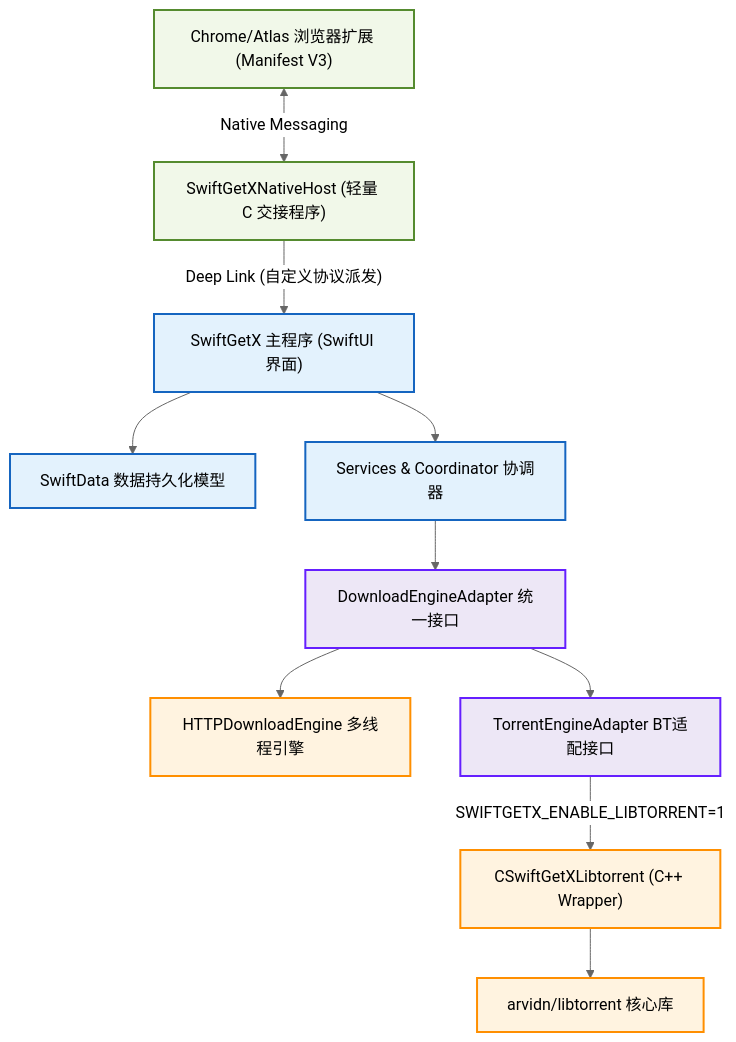
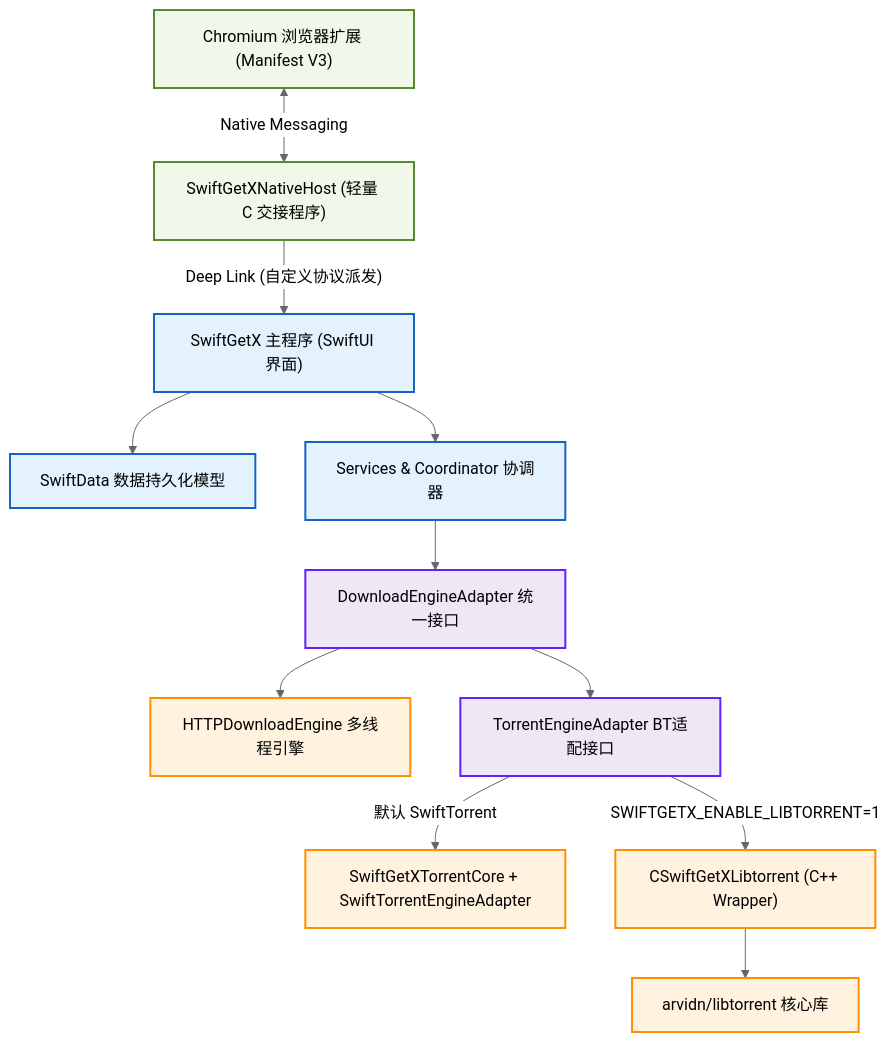
The diagram in README.md (vancehuds/SwiftGetX), drawn with Mermaid (neutral theme) before and after one commit. The commit also changed other lines of this file and 4 other files, not shown here.

````diff
--- a/README.md
+++ b/README.md
@@ -72,28 +72,30 @@
 ```mermaid
 graph TD
     classDef main fill:#E3F2FD,stroke:#1565C0,stroke-width:2px;
     classDef browser fill:#F1F8E9,stroke:#558B2F,stroke-width:2px;
     classDef core fill:#EDE7F6,stroke:#651FFF,stroke-width:2px;
     classDef engine fill:#FFF3E0,stroke:#FF8F00,stroke-width:2px;
     
-    Chrome["Chrome/Atlas 浏览器扩展 (Manifest V3)"]:::browser
+    Chrome["Chromium 浏览器扩展 (Manifest V3)"]:::browser
     NativeHost["SwiftGetXNativeHost (轻量 C 交接程序)"]:::browser
     MainApp["SwiftGetX 主程序 (SwiftUI 界面)"]:::main
     Models["SwiftData 数据持久化模型"]:::main
     Coordinator["Services & Coordinator 协调器"]:::main
     Adapter["DownloadEngineAdapter 统一接口"]:::core
     HTTPEngine["HTTPDownloadEngine 多线程引擎"]:::engine
     TorrentAdapter["TorrentEngineAdapter BT适配接口"]:::core
+    SwiftTorrent["SwiftGetXTorrentCore + SwiftTorrentEngineAdapter"]:::engine
     LibtorrentWrapper["CSwiftGetXLibtorrent (C++ Wrapper)"]:::engine
     Libtorrent["arvidn/libtorrent 核心库"]:::engine
 
     Chrome <-->|"Native Messaging"| NativeHost
     NativeHost -->|"Deep Link (自定义协议派发)"| MainApp
     MainApp --> Models
     MainApp --> Coordinator
     Coordinator --> Adapter
     Adapter --> HTTPEngine
     Adapter --> TorrentAdapter
+    TorrentAdapter -->|"默认 SwiftTorrent"| SwiftTorrent
     TorrentAdapter -->|"SWIFTGETX_ENABLE_LIBTORRENT=1"| LibtorrentWrapper
     LibtorrentWrapper --> Libtorrent
 ```
````
